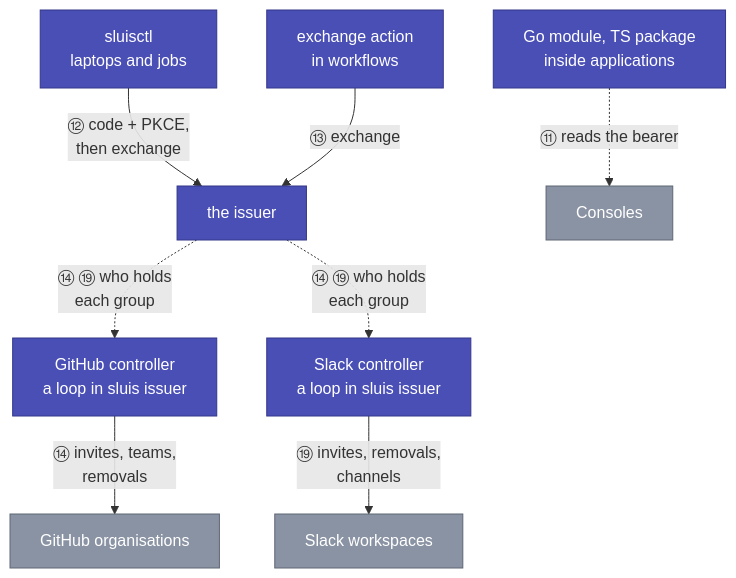
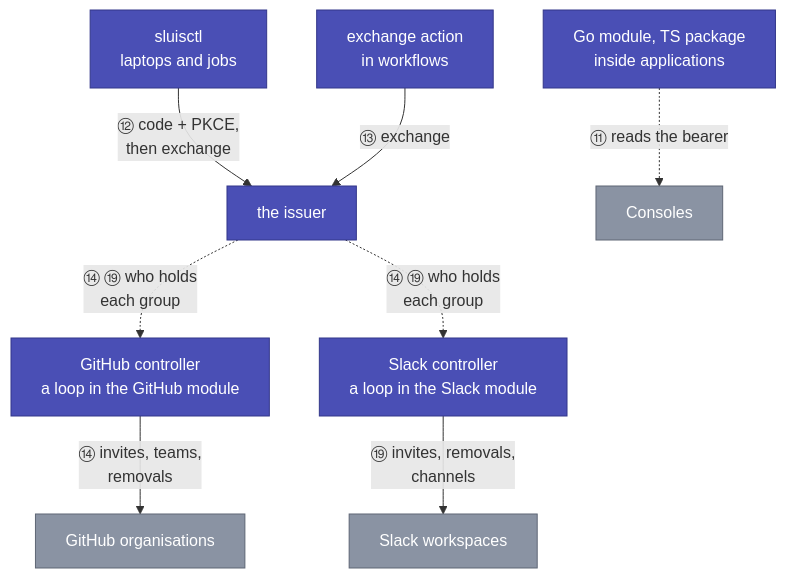
Before and after one commit to truvity/sluis: the third of 3 diagrams in docs/concepts/sluis/integrations.md, drawn with Mermaid. The commit also changed other lines of this file and 62 other files, not shown here.

````diff
--- a/docs/concepts/sluis/integrations.md
+++ b/docs/concepts/sluis/integrations.md
@@ -58,22 +58,22 @@
 ```mermaid
 flowchart TB
   lib["Go module, TS package<br/>inside applications"]:::token
   ctl["sluisctl<br/>laptops and jobs"]:::token
   act["exchange action<br/>in workflows"]:::token
   iss["the issuer"]:::token
   consoles["Consoles"]:::ext
-  ghr["GitHub controller<br/>a loop in sluis issuer"]:::token
-  slr["Slack controller<br/>a loop in sluis issuer"]:::token
+  ghr["GitHub controller<br/>a loop in the GitHub module"]:::token
+  slr["Slack controller<br/>a loop in the Slack module"]:::token
   ghteams["GitHub organisations"]:::ext
   slack["Slack workspaces"]:::ext
   lib -. "⑪ reads the bearer" .-> consoles
   ctl -- "⑫ code + PKCE,<br/>then exchange" --> iss
   act -- "⑬ exchange" --> iss
   iss -. "⑭ ⑲ who holds<br/>each group" .-> ghr
   iss -. "⑭ ⑲ who holds<br/>each group" .-> slr
   ghr -- "⑭ invites, teams,<br/>removals" --> ghteams
   slr -- "⑲ invites, removals,<br/>channels" --> slack
   classDef ext fill:#8A93A3,stroke:#5E6675,color:#fff
   classDef hub fill:#0E7C7B,stroke:#0A5958,color:#fff
   classDef token fill:#4A4FB5,stroke:#33378A,color:#fff
 ```
````
